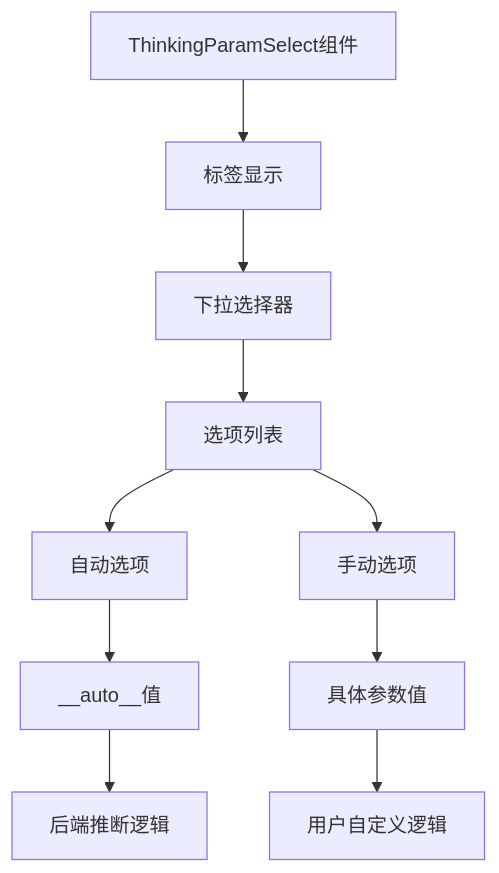
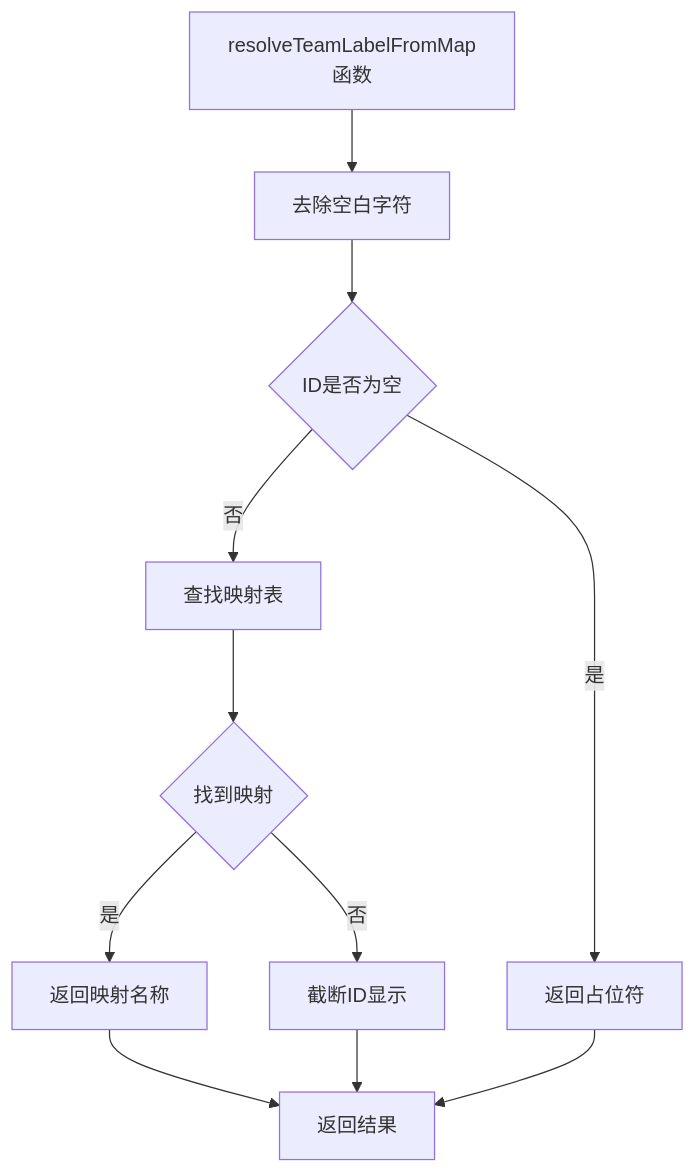
One commit to tianyehedashu/ai-agent changed diagram 14 of 20 in .qoder/repowiki/zh/content/网关服务架构/网关服务架构.md. Above: the diagram before and after it, drawn with Mermaid. The commit also changed other lines of this file and 50 other files, not shown here.

````diff
--- a/.qoder/repowiki/zh/content/网关服务架构/网关服务架构.md
+++ b/.qoder/repowiki/zh/content/网关服务架构/网关服务架构.md
@@ -567,12 +628,13 @@
 ```mermaid
 flowchart TD
-A["ThinkingParamSelect组件"] --> B["标签显示"]
-B --> C["下拉选择器"]
-C --> D["选项列表"]
-D --> E["自动选项"]
-D --> F["手动选项"]
-E --> G["__auto__值"]
-F --> H["具体参数值"]
-G --> I["后端推断逻辑"]
-H --> J["用户自定义逻辑"]
+A["resolveTeamLabelFromMap函数"] --> B["去除空白字符"]
+B --> C{"ID是否为空"}
+C --> |是| D["返回占位符"]
+C --> |否| E["查找映射表"]
+E --> F{"找到映射"}
+F --> |是| G["返回映射名称"]
+F --> |否| H["截断ID显示"]
+G --> I["返回结果"]
+H --> I
+D --> I
 ```
````
